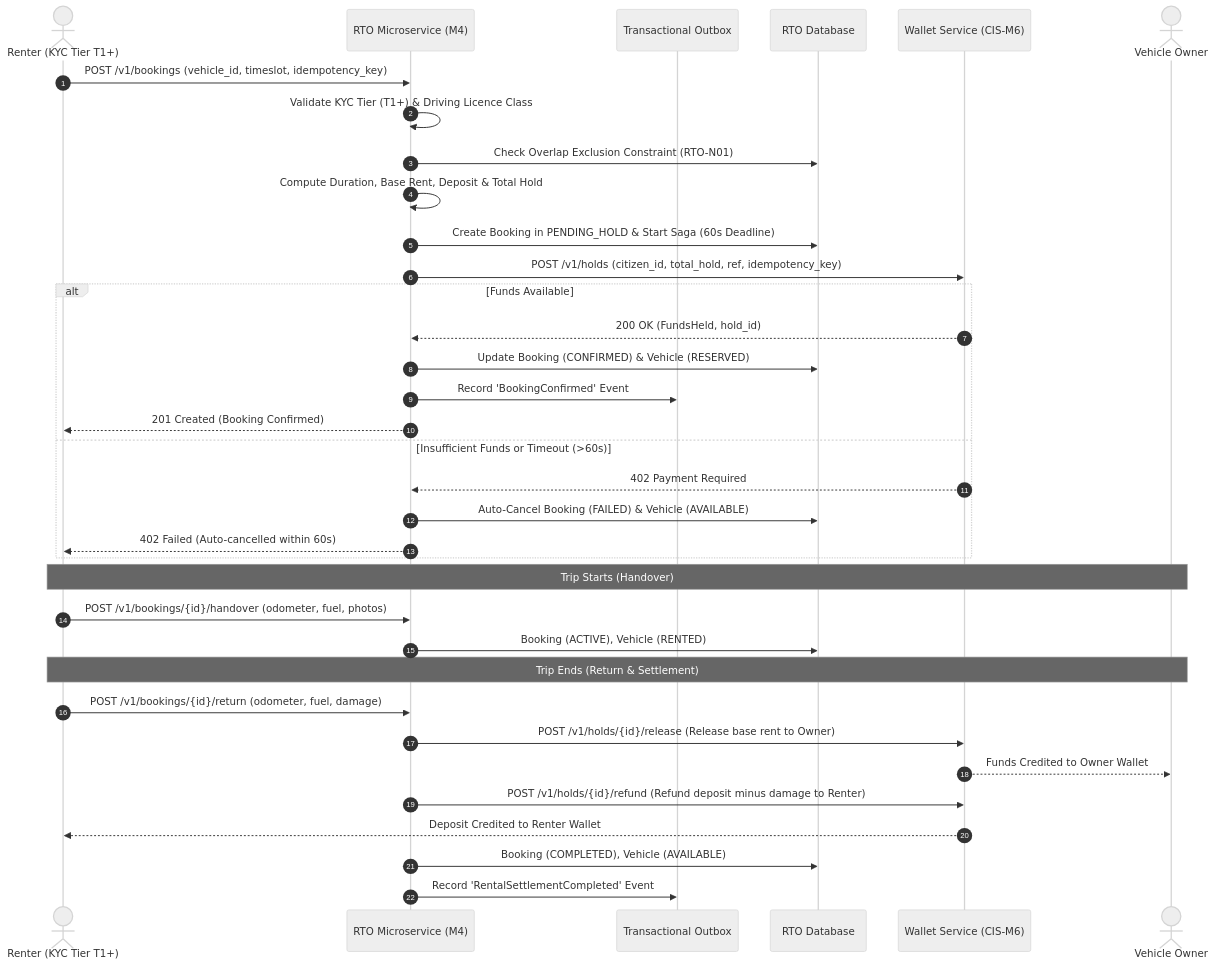
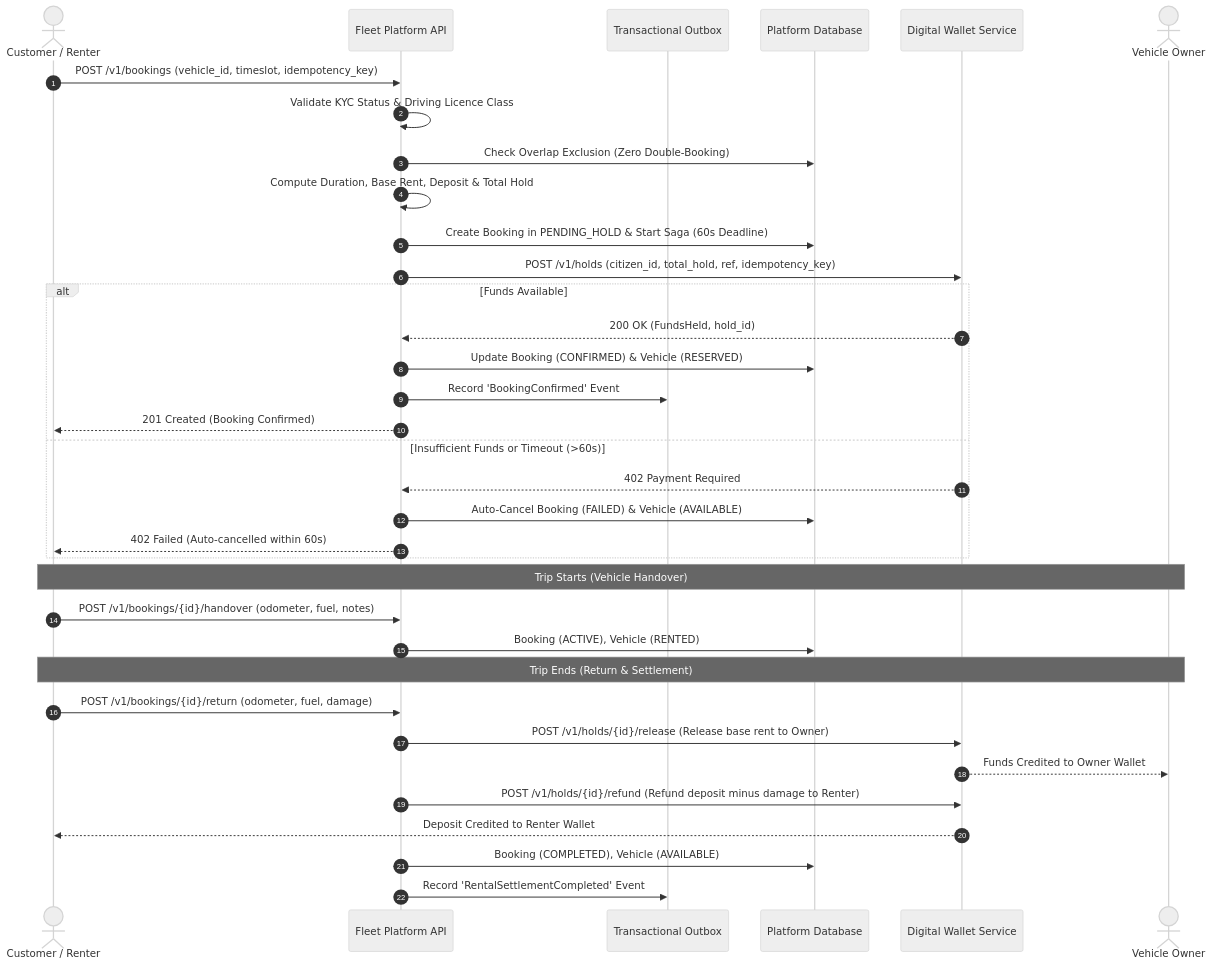
One commit to Amrutheshwari01/Microservice_Vehicle- changed the third of 3 diagrams in docs/ARCHITECTURE.md. Above: the diagram before and after it, drawn with Mermaid (neutral theme). The commit also changed other lines of this file and 33 other files, not shown here.

````diff
--- a/docs/ARCHITECTURE.md
+++ b/docs/ARCHITECTURE.md
@@ -102,41 +102,41 @@
 ```mermaid
 sequenceDiagram
     autonumber
-    actor Renter as Renter (KYC Tier T1+)
-    participant RTO as RTO Microservice (M4)
+    actor Renter as Customer / Renter
+    participant Fleet as Fleet Platform API
     participant Outbox as Transactional Outbox
-    participant DB as RTO Database
-    participant Wallet as Wallet Service (CIS-M6)
+    participant DB as Platform Database
+    participant Wallet as Digital Wallet Service
     actor Owner as Vehicle Owner
 
-    Renter->>RTO: POST /v1/bookings (vehicle_id, timeslot, idempotency_key)
-    RTO->>RTO: Validate KYC Tier (T1+) & Driving Licence Class
-    RTO->>DB: Check Overlap Exclusion Constraint (RTO-N01)
-    RTO->>RTO: Compute Duration, Base Rent, Deposit & Total Hold
-    RTO->>DB: Create Booking in PENDING_HOLD & Start Saga (60s Deadline)
+    Renter->>Fleet: POST /v1/bookings (vehicle_id, timeslot, idempotency_key)
+    Fleet->>Fleet: Validate KYC Status & Driving Licence Class
+    Fleet->>DB: Check Overlap Exclusion (Zero Double-Booking)
+    Fleet->>Fleet: Compute Duration, Base Rent, Deposit & Total Hold
+    Fleet->>DB: Create Booking in PENDING_HOLD & Start Saga (60s Deadline)
     
-    RTO->>Wallet: POST /v1/holds (citizen_id, total_hold, ref, idempotency_key)
+    Fleet->>Wallet: POST /v1/holds (citizen_id, total_hold, ref, idempotency_key)
     alt Funds Available
-        Wallet-->>RTO: 200 OK (FundsHeld, hold_id)
-        RTO->>DB: Update Booking (CONFIRMED) & Vehicle (RESERVED)
-        RTO->>Outbox: Record 'BookingConfirmed' Event
-        RTO-->>Renter: 201 Created (Booking Confirmed)
+        Wallet-->>Fleet: 200 OK (FundsHeld, hold_id)
+        Fleet->>DB: Update Booking (CONFIRMED) & Vehicle (RESERVED)
+        Fleet->>Outbox: Record 'BookingConfirmed' Event
+        Fleet-->>Renter: 201 Created (Booking Confirmed)
     else Insufficient Funds or Timeout (>60s)
-        Wallet-->>RTO: 402 Payment Required
-        RTO->>DB: Auto-Cancel Booking (FAILED) & Vehicle (AVAILABLE)
-        RTO-->>Renter: 402 Failed (Auto-cancelled within 60s)
+        Wallet-->>Fleet: 402 Payment Required
+        Fleet->>DB: Auto-Cancel Booking (FAILED) & Vehicle (AVAILABLE)
+        Fleet-->>Renter: 402 Failed (Auto-cancelled within 60s)
     end
 
-    Note over Renter,Owner: Trip Starts (Handover)
-    Renter->>RTO: POST /v1/bookings/{id}/handover (odometer, fuel, photos)
-    RTO->>DB: Booking (ACTIVE), Vehicle (RENTED)
+    Note over Renter,Owner: Trip Starts (Vehicle Handover)
+    Renter->>Fleet: POST /v1/bookings/{id}/handover (odometer, fuel, notes)
+    Fleet->>DB: Booking (ACTIVE), Vehicle (RENTED)
 
     Note over Renter,Owner: Trip Ends (Return & Settlement)
-    Renter->>RTO: POST /v1/bookings/{id}/return (odometer, fuel, damage)
-    RTO->>Wallet: POST /v1/holds/{id}/release (Release base rent to Owner)
+    Renter->>Fleet: POST /v1/bookings/{id}/return (odometer, fuel, damage)
+    Fleet->>Wallet: POST /v1/holds/{id}/release (Release base rent to Owner)
     Wallet-->>Owner: Funds Credited to Owner Wallet
-    RTO->>Wallet: POST /v1/holds/{id}/refund (Refund deposit minus damage to Renter)
+    Fleet->>Wallet: POST /v1/holds/{id}/refund (Refund deposit minus damage to Renter)
     Wallet-->>Renter: Deposit Credited to Renter Wallet
-    RTO->>DB: Booking (COMPLETED), Vehicle (AVAILABLE)
-    RTO->>Outbox: Record 'RentalSettlementCompleted' Event
+    Fleet->>DB: Booking (COMPLETED), Vehicle (AVAILABLE)
+    Fleet->>Outbox: Record 'RentalSettlementCompleted' Event
 ```
````
